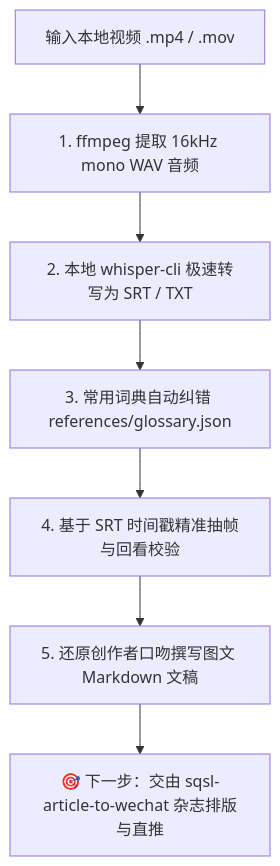
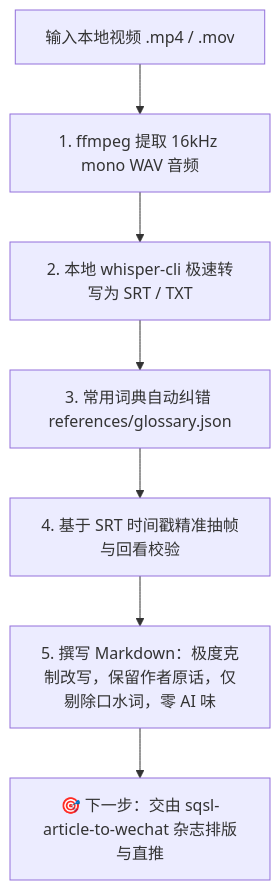
Before and after one commit to sanqiushili/sqsl-wechat-skill: the diagram in skills/sqsl-video-to-article/SKILL.md, drawn with Mermaid. The commit also changed other lines of this file and 3 other files, not shown here.

````diff
--- a/skills/sqsl-video-to-article/SKILL.md
+++ b/skills/sqsl-video-to-article/SKILL.md
@@ -22,9 +23,9 @@
 ```mermaid
 flowchart TD
     A[输入本地视频 .mp4 / .mov] --> B[1. ffmpeg 提取 16kHz mono WAV 音频]
     B --> C[2. 本地 whisper-cli 极速转写为 SRT / TXT]
     C --> D[3. 常用词典自动纠错 references/glossary.json]
     D --> E[4. 基于 SRT 时间戳精准抽帧与回看校验]
-    E --> F[5. 还原创作者口吻撰写图文 Markdown 文稿]
+    E --> F[5. 撰写 Markdown：极度克制改写，保留作者原话，仅剔除口水词，零 AI 味]
     F --> G[🎯 下一步：交由 sqsl-article-to-wechat 杂志排版与直推]
 ```
````
